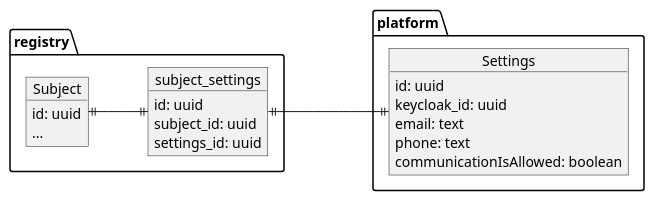
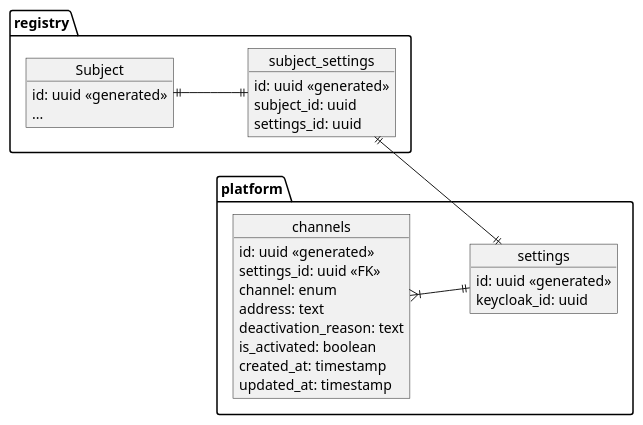
The second of 2 diagrams in modules/tech/pages/datafactory/settings.adoc (epam/edp-ddm-architecture), drawn with PlantUML before and after one commit. The commit also changed other lines of this file and 2 other files, not shown here.

Commit message:
[MDTUDDM-4743] - Added new settings page

```diff
--- a/modules/tech/pages/datafactory/settings.adoc
+++ b/modules/tech/pages/datafactory/settings.adoc
@@ -81,36 +296,45 @@
 [plantuml]
 ----
 @startuml
 skinparam monochrome true
 left to right direction
 
 namespace registry {
 object "Subject" as s  {
-  id: uuid
+  id: uuid <<generated>>
   ...
 }
 
 object "subject_settings" as sp {
-  id: uuid
+  id: uuid <<generated>>
   subject_id: uuid
   settings_id: uuid
 }
 }
 
 namespace platform {
 
-object "Settings" as settings  {
-  id: uuid
+object "settings" as settings  {
+  id: uuid <<generated>>
   keycloak_id: uuid
-  email: text
-  phone: text
-  communicationIsAllowed: boolean
+}
+
+object "channels" as channels  {
+  id: uuid <<generated>>
+  settings_id: uuid <<FK>>
+  channel: enum
+  address: text
+  deactivation_reason: text
+  is_activated: boolean
+  created_at: timestamp
+  updated_at: timestamp
 }
 
 }
 
 s ||--|| sp
-sp ||---|| settings
+sp ||--|| settings
+channels }|--|| settings
 
 @enduml
 ----
```
